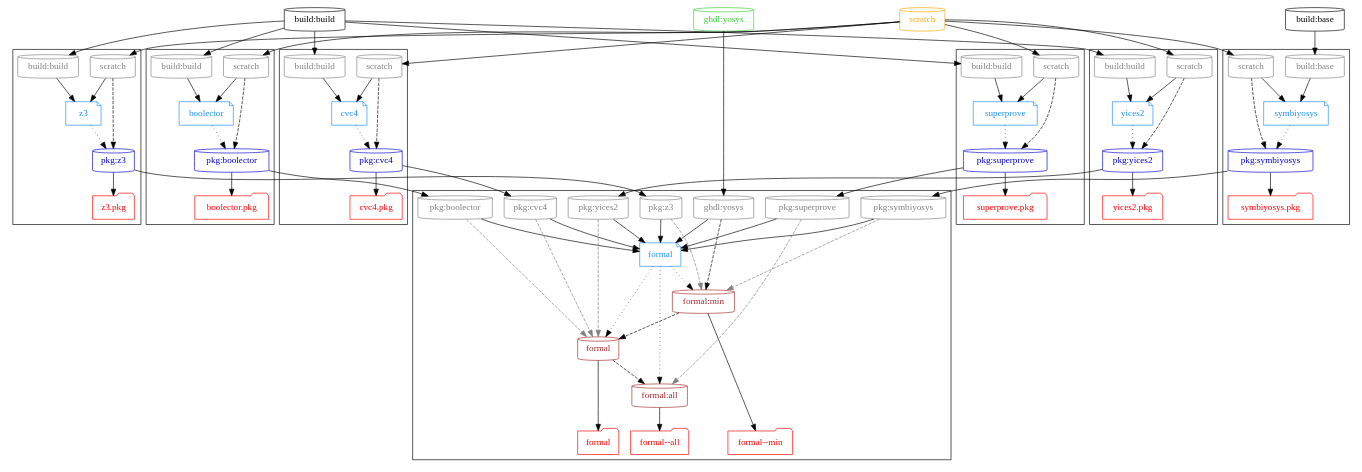
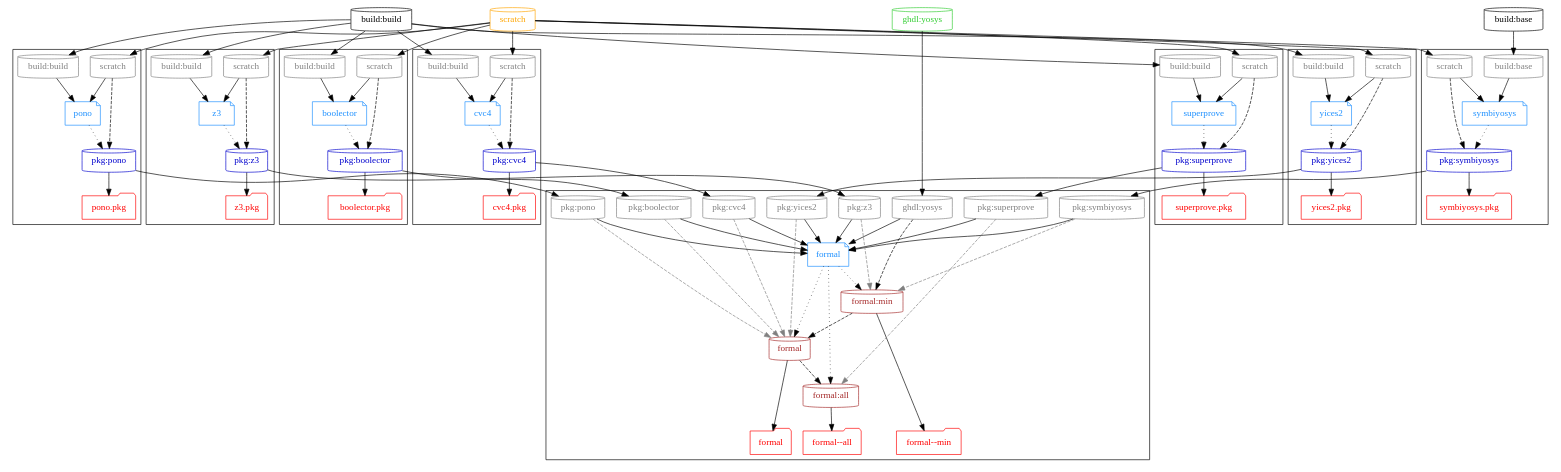
The diagram in graph/formal.dot (hdl/containers), drawn with Graphviz before and after one commit. The commit also changed 8 other files, not shown here.

```diff
--- a/graph/formal.dot
+++ b/graph/formal.dot
@@ -26,6 +26,7 @@
 
   { node [shape=note, color=dodgerblue, fontcolor=dodgerblue]
     d_boolector   [label="boolector"];
+    d_pono        [label="pono"];
     d_cvc4        [label="cvc4"];
     d_formal      [label="formal"];
     d_superprove  [label="superprove"];
@@ -45,6 +46,7 @@
     { node [color=mediumblue, fontcolor=mediumblue]
       "pkg:boolector"
       "pkg:cvc4"
+      "pkg:pono"
       "pkg:superprove"
       "pkg:symbiyosys"
       "pkg:yices2"
@@ -98,6 +100,20 @@
     "t_pkg:cvc4" [shape=folder, color=red, fontcolor=red, label="cvc4.pkg"];
 
     "pkg:cvc4" -> "t_pkg:cvc4";
+  }
+
+  subgraph cluster_pono {
+    { rank=same
+      node [shape=cylinder, color=grey, fontcolor=grey]
+      "p_pono_scratch" [label="scratch"]
+      "p_pono_build:build" [label="build:build"]
+    }
+
+    d_pono -> "pkg:pono" [style=dotted];
+
+    "t_pkg:pono" [shape=folder, color=red, fontcolor=red, label="pono.pkg"];
+
+    "pkg:pono" -> "t_pkg:pono";
   }
 
   subgraph cluster_superprove {
@@ -162,6 +178,7 @@
       "p_formal_boolector" [label="pkg:boolector"]
       "p_formal_cvc4" [label="pkg:cvc4"]
       "p_formal_ghdl" [label="ghdl:yosys"]
+      "p_formal_pono" [label="pkg:pono"]
       "p_formal_symbiyosys" [label="pkg:symbiyosys"]
       "p_formal_superprove" [label="pkg:superprove"]
       "p_formal_z3" [label="pkg:z3"]
@@ -189,6 +206,7 @@
   { rank=same
     d_boolector
     d_cvc4
+    d_pono
     d_superprove
     d_symbiyosys
     d_yices2
@@ -207,9 +225,13 @@
   "pkg:symbiyosys" -> "p_formal_symbiyosys" -> d_formal;
   "pkg:boolector" -> "p_formal_boolector" -> d_formal;
   "pkg:cvc4" -> "p_formal_cvc4" -> d_formal;
+  "pkg:pono" -> "p_formal_pono" -> d_formal;
   "pkg:yices2" -> "p_formal_yices2" -> d_formal;
   "pkg:superprove" -> "p_formal_superprove" -> d_formal;
   "pkg:z3" -> "p_formal_z3" -> d_formal;
+
+  "build:build" -> "p_pono_build:build" -> d_pono;
+  "scratch" -> "p_pono_scratch" -> d_pono;
 
   "build:base" -> "p_symbiyosys_build:base" -> d_symbiyosys;
   "scratch" -> "p_symbiyosys_scratch" -> d_symbiyosys;
@@ -229,6 +251,7 @@
     "p_boolector_scratch" -> "pkg:boolector";
     "p_cvc4_scratch" -> "pkg:cvc4";
     "p_formal_ghdl" -> "formal:min" -> "formal" -> "formal:all";
+    "p_pono_scratch" -> "pkg:pono";
     "p_superprove_scratch" -> "pkg:superprove";
     "p_symbiyosys_scratch" -> "pkg:symbiyosys";
     "p_yices2_scratch" -> "pkg:yices2";
@@ -244,6 +267,7 @@
     {
       "p_formal_boolector",
       "p_formal_cvc4",
+      "p_formal_pono",
       "p_formal_yices2"
     } -> "formal";
 
```
